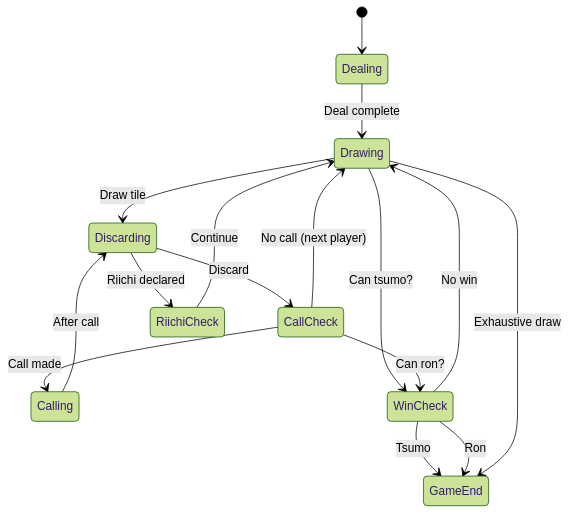
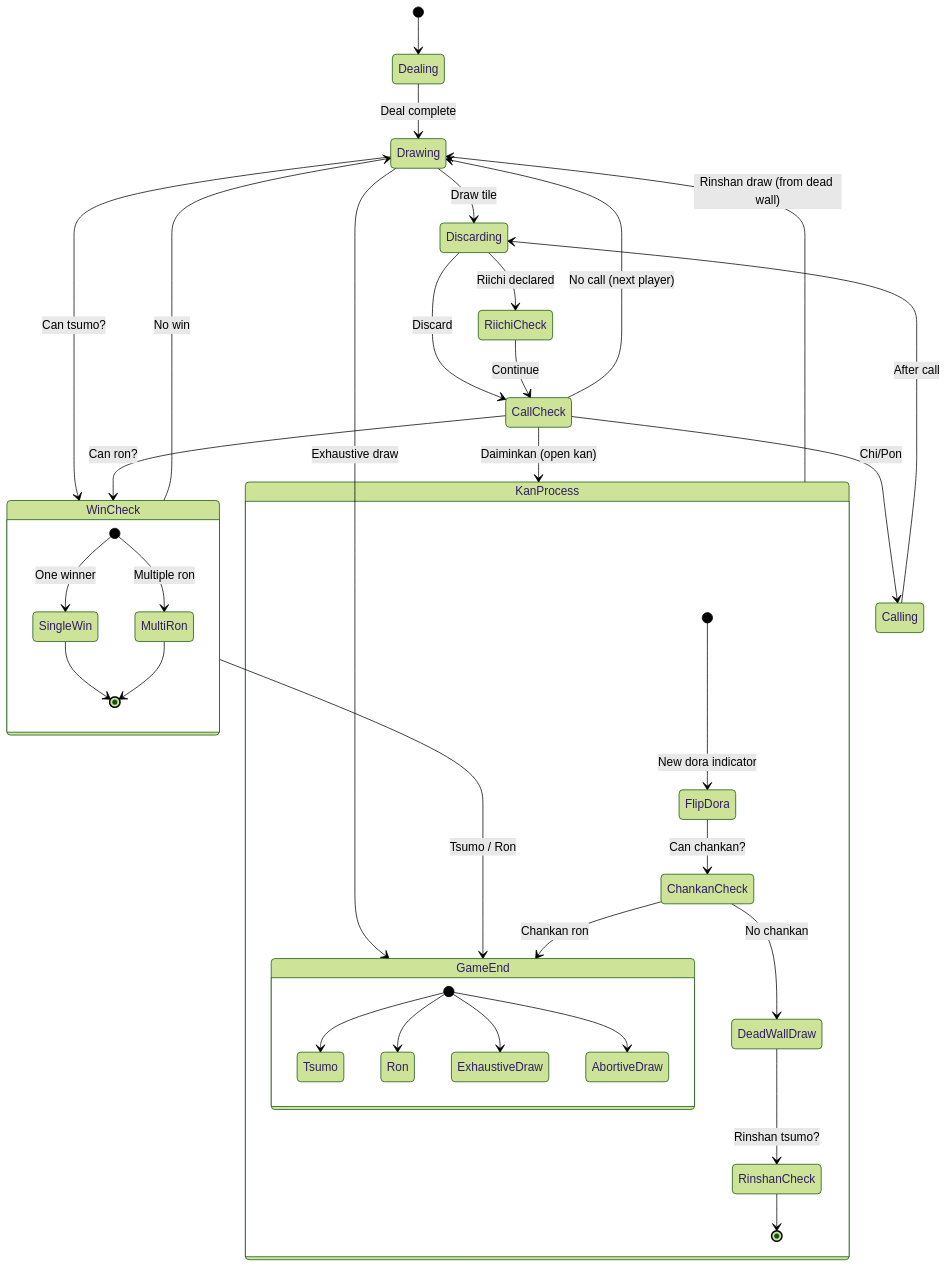
One commit to NikkeTryHard/hydra changed the second of 6 diagrams in research/INFRASTRUCTURE.md. Above: the diagram before and after it, drawn with Mermaid (forest theme). The commit also changed other lines of this file and 1 other file, not shown here.

````diff
--- a/research/INFRASTRUCTURE.md
+++ b/research/INFRASTRUCTURE.md
@@ -99,18 +99,42 @@
 ```mermaid
 stateDiagram-v2
     [*] --> Dealing
     Dealing --> Drawing : Deal complete
     Drawing --> Discarding : Draw tile
+    Drawing --> WinCheck : Can tsumo?
+    Drawing --> GameEnd : Exhaustive draw
     Discarding --> CallCheck : Discard
+    Discarding --> RiichiCheck : Riichi declared
+    RiichiCheck --> CallCheck : Continue
     CallCheck --> Drawing : No call (next player)
-    CallCheck --> Calling : Call made
+    CallCheck --> Calling : Chi/Pon
+    CallCheck --> KanProcess : Daiminkan (open kan)
+    CallCheck --> WinCheck : Can ron?
     Calling --> Discarding : After call
-    Discarding --> RiichiCheck : Riichi declared
-    RiichiCheck --> Drawing : Continue
-    Drawing --> WinCheck : Can tsumo?
-    WinCheck --> GameEnd : Tsumo
-    CallCheck --> WinCheck : Can ron?
-    WinCheck --> GameEnd : Ron
+    KanProcess --> Drawing : Rinshan draw (from dead wall)
+    WinCheck --> GameEnd : Tsumo / Ron
     WinCheck --> Drawing : No win
-    Drawing --> GameEnd : Exhaustive draw
+
+    state WinCheck {
+        [*] --> SingleWin : One winner
+        [*] --> MultiRon : Multiple ron
+        SingleWin --> [*]
+        MultiRon --> [*]
+    }
+
+    state KanProcess {
+        [*] --> FlipDora : New dora indicator
+        FlipDora --> ChankanCheck : Can chankan?
+        ChankanCheck --> DeadWallDraw : No chankan
+        ChankanCheck --> GameEnd : Chankan ron
+        DeadWallDraw --> RinshanCheck : Rinshan tsumo?
+        RinshanCheck --> [*]
+    }
+
+    state GameEnd {
+        [*] --> Tsumo
+        [*] --> Ron
+        [*] --> ExhaustiveDraw
+        [*] --> AbortiveDraw
+    }
 ```
````
